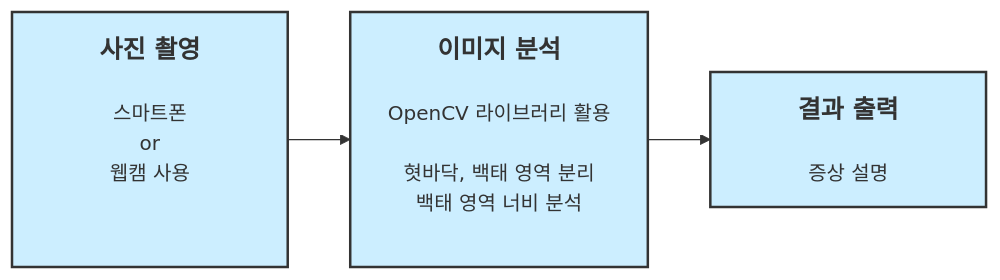
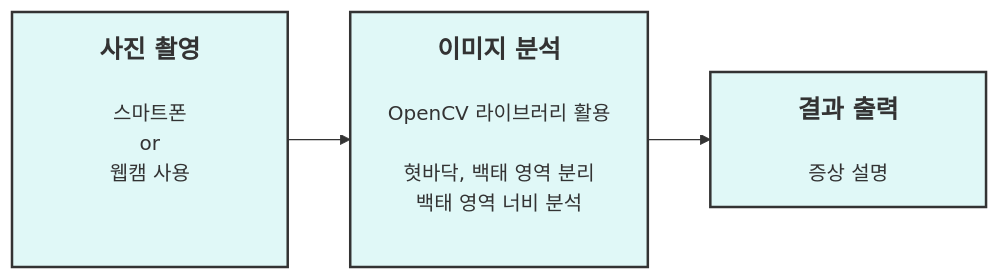
The diagram in Readme.md (201710808/-p), drawn with Mermaid before and after one commit.

````diff
--- a/Readme.md
+++ b/Readme.md
@@ -3,9 +3,9 @@
 ```mermaid
 graph LR
 A[<b><span style='font-size:20px'>  사진 촬영  </span></b><br><br>스마트폰\nor\n웹캠 사용<br><br><br>]-->B[<b><span style='font-size:20px'>이미지 분석</span></b><br><br>OpenCV 라이브러리 활용<br><br>혓바닥, 백태 영역 분리<br>백태 영역 너비 분석<br><br>]
 B-->C[<b><span style='font-size:20px'>  결과 출력  </span></b><br><br>증상 설명]
 
-style A fill:#CCEEFF ,stroke:#333,stroke-width:2px
-style B fill:#CCEEFF ,stroke:#333,stroke-width:2px
-style C fill:#CCEEFF ,stroke:#333,stroke-width:2px
+style A fill:#E0F8F7 ,stroke:#333,stroke-width:2px
+style B fill:#E0F8F7 ,stroke:#333,stroke-width:2px
+style C fill:#E0F8F7 ,stroke:#333,stroke-width:2px
 ```
````
